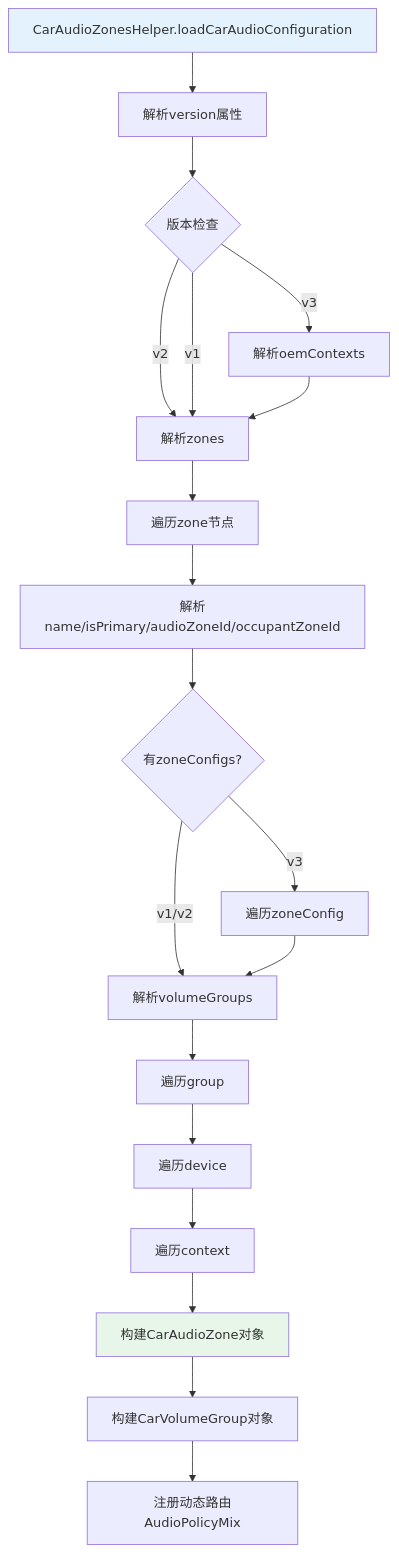
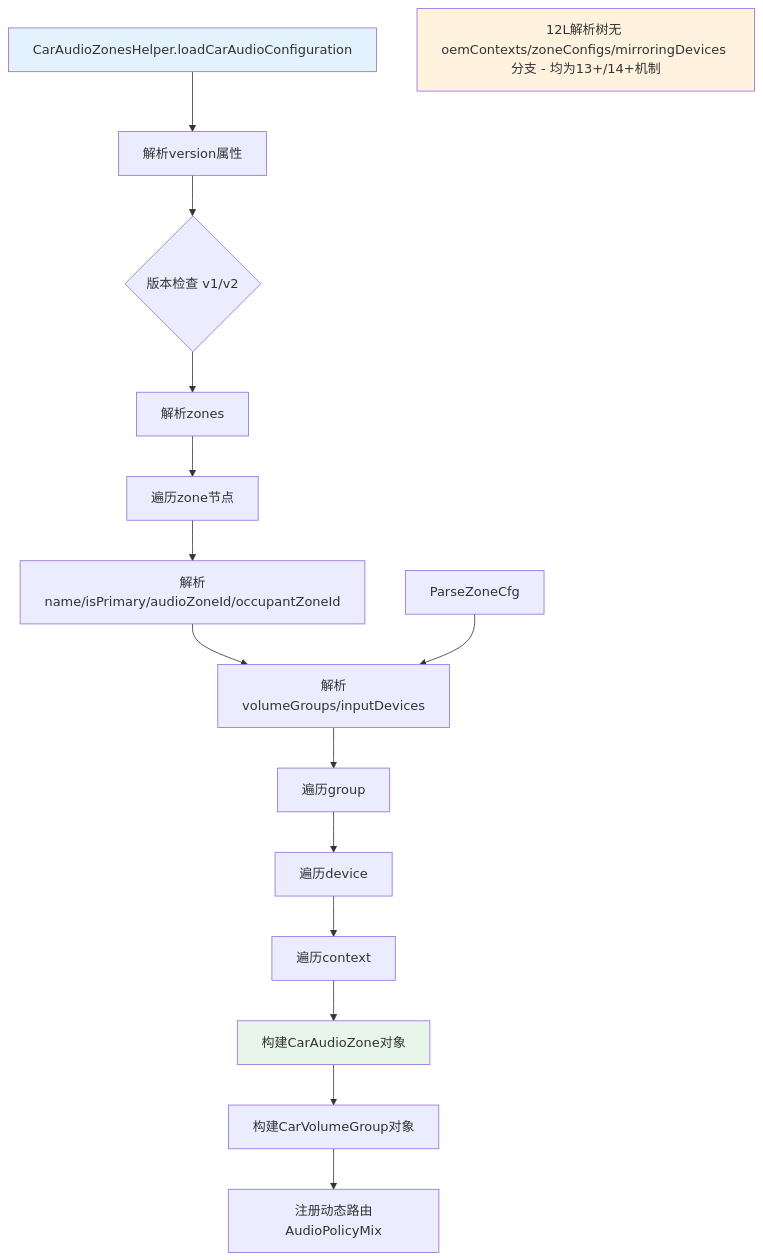
Before and after one commit to yanglinzhen1022/SA8295_AAOS_QNX_Audio_KnowledgeBase: the second of 3 diagrams in 11_Vendor_Layer/11_11.9_car_audio_configuration.xml_深度解析.md, drawn with Mermaid. The commit also changed other lines of this file and 13 other files, not shown here.

````diff
--- a/11_Vendor_Layer/11_11.9_car_audio_configuration.xml_深度解析.md
+++ b/11_Vendor_Layer/11_11.9_car_audio_configuration.xml_深度解析.md
@@ -290,24 +281,21 @@
 ```mermaid
 graph TD
     ParseStart[CarAudioZonesHelper.loadCarAudioConfiguration] --> ParseVersion[解析version属性]
-    ParseVersion --> CheckVersion{版本检查}
-    CheckVersion -->|v3| ParseOemCtx[解析oemContexts]
-    CheckVersion -->|v2| ParseZones[解析zones]
-    CheckVersion -->|v1| ParseZones
-    ParseOemCtx --> ParseZones
+    ParseVersion --> CheckVersion{版本检查 v1/v2}
+    CheckVersion --> ParseZones[解析zones]
     ParseZones --> ParseZone[遍历zone节点]
     ParseZone --> ParseZoneAttr[解析name/isPrimary/audioZoneId/occupantZoneId]
-    ParseZoneAttr --> ParseZoneCfgs{有zoneConfigs?}
-    ParseZoneCfgs -->|v3| ParseZoneCfg[遍历zoneConfig]
-    ParseZoneCfgs -->|v1/v2| ParseVGs[解析volumeGroups]
+    ParseZoneAttr --> ParseVGs[解析volumeGroups/inputDevices]
+    Note1[12L解析树无 oemContexts/zoneConfigs/mirroringDevices 分支 - 均为13+/14+机制]
+    style Note1 fill:#fff3e0
     ParseZoneCfg --> ParseVGs
     ParseVGs --> ParseGroup[遍历group]
     ParseGroup --> ParseDev[遍历device]
     ParseDev --> ParseCtx[遍历context]
     ParseCtx --> BuildZone[构建CarAudioZone对象]
     BuildZone --> BuildVG[构建CarVolumeGroup对象]
     BuildVG --> RegRoute[注册动态路由AudioPolicyMix]
 
     style ParseStart fill:#e3f2fd
     style BuildZone fill:#e8f5e9
 ```
````
